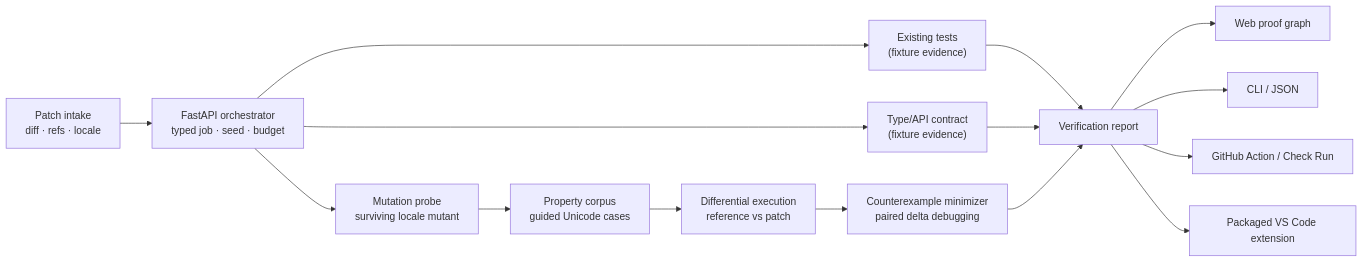
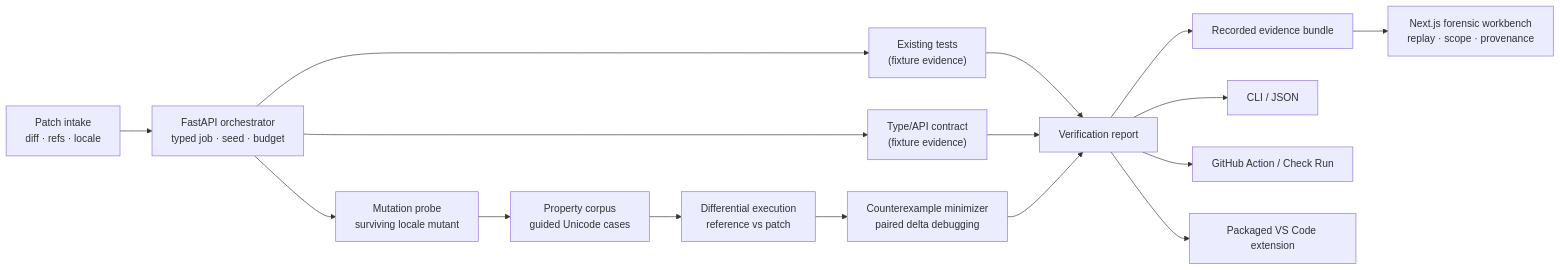
One commit to MarinJursic/patchproof-verification changed the diagram in README.md. Above: the diagram before and after it, drawn with Mermaid. The commit also changed other lines of this file and 24 other files, not shown here.

````diff
--- a/README.md
+++ b/README.md
@@ -90,17 +105,18 @@
 ```mermaid
 flowchart LR
   A["Patch intake<br/>diff · refs · locale"] --> B["FastAPI orchestrator<br/>typed job · seed · budget"]
   B --> C["Existing tests<br/>(fixture evidence)"]
   B --> D["Type/API contract<br/>(fixture evidence)"]
   B --> E["Mutation probe<br/>surviving locale mutant"]
   E --> F["Property corpus<br/>guided Unicode cases"]
   F --> G["Differential execution<br/>reference vs patch"]
   G --> H["Counterexample minimizer<br/>paired delta debugging"]
   C --> I["Verification report"]
   D --> I
   H --> I
-  I --> J["Web proof graph"]
+  I --> J["Recorded evidence bundle"]
+  J --> N["Next.js forensic workbench<br/>replay · scope · provenance"]
   I --> K["CLI / JSON"]
   I --> L["GitHub Action / Check Run"]
   I --> M["Packaged VS Code extension"]
 ```
````
